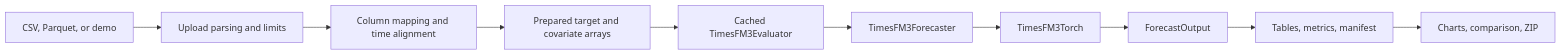
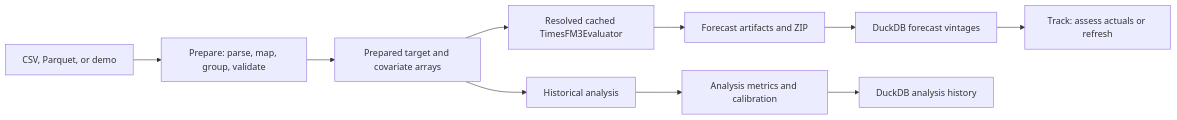
One commit to pypi-ahmad/google-timesfm changed the diagram in docs/explanation/architecture.md. Above: the diagram before and after it, drawn with Mermaid. The commit also changed other lines of this file and 14 other files, not shown here.

````diff
--- a/docs/explanation/architecture.md
+++ b/docs/explanation/architecture.md
@@ -8,12 +13,12 @@
 ```mermaid
 flowchart LR
-  A[CSV, Parquet, or demo] --> B[Upload parsing and limits]
-  B --> C[Column mapping and time alignment]
-  C --> D[Prepared target and covariate arrays]
-  D --> E[Cached TimesFM3Evaluator]
-  E --> F[TimesFM3Forecaster]
-  F --> G[TimesFM3Torch]
-  G --> H[ForecastOutput]
-  H --> I[Tables, metrics, manifest]
-  I --> J[Charts, comparison, ZIP]
+  A[CSV, Parquet, or demo] --> B[Prepare: parse, map, group, validate]
+  B --> C[Prepared target and covariate arrays]
+  C --> D[Resolved cached TimesFM3Evaluator]
+  D --> E[Forecast artifacts and ZIP]
+  C --> F[Historical analysis]
+  F --> G[Analysis metrics and calibration]
+  E --> H[DuckDB forecast vintages]
+  G --> I[DuckDB analysis history]
+  H --> J[Track: assess actuals or refresh]
 ```
````
